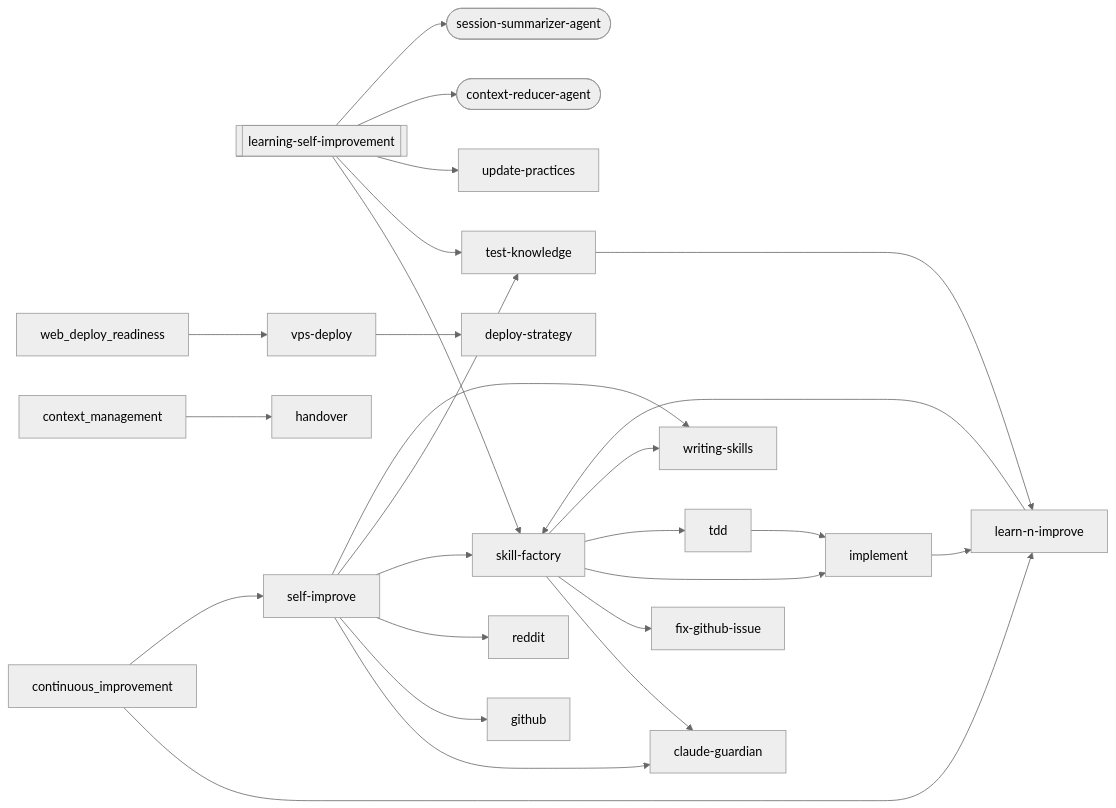
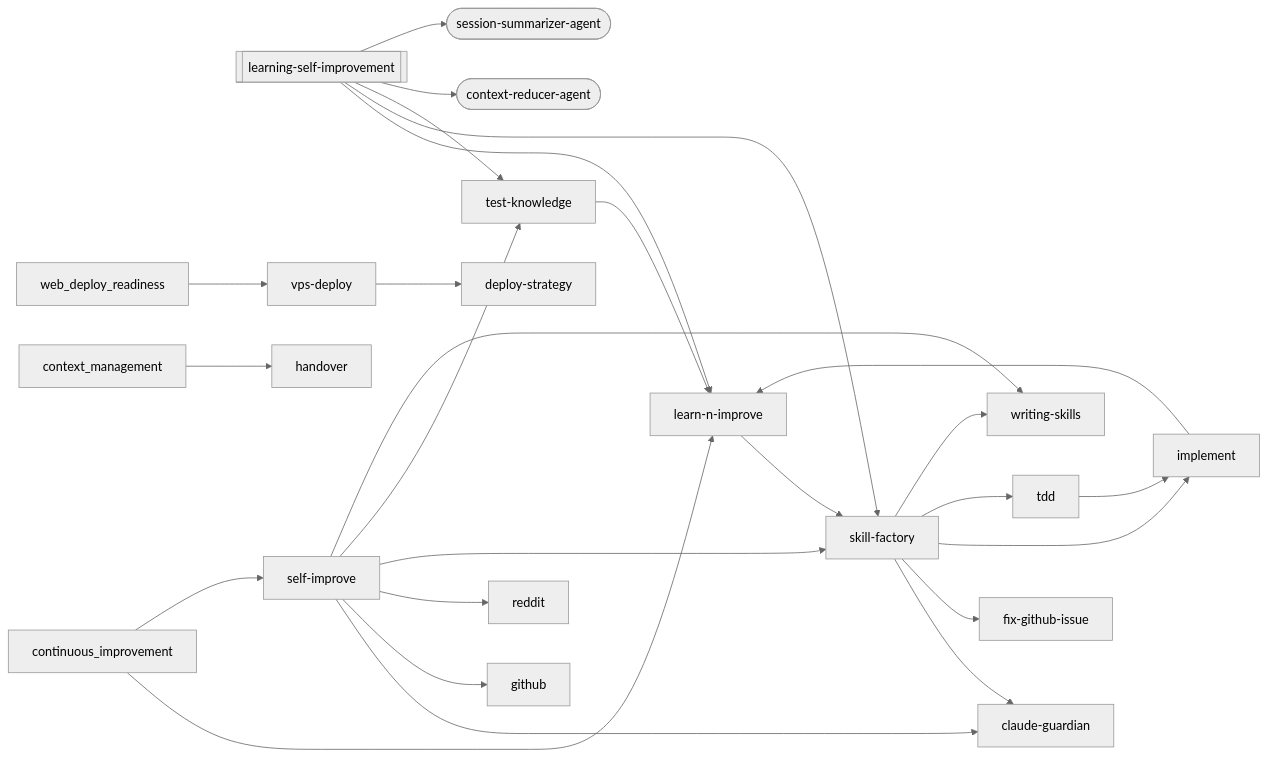
Before and after one commit to abhayla/claude-best-practices: the third of 20 diagrams in docs/workflows/learning-self-improvement.md, drawn with Mermaid (neutral theme). The commit also changed other lines of this file and 21 other files, not shown here.

````diff
--- a/docs/workflows/learning-self-improvement.md
+++ b/docs/workflows/learning-self-improvement.md
@@ -408,46 +364,45 @@
 ```mermaid
 graph LR
     learning_self_improvement[["learning-self-improvement"]]
     claude_guardian["claude-guardian"]
     context_reducer_agent(["context-reducer-agent"])
     deploy_strategy["deploy-strategy"]
     fix_github_issue["fix-github-issue"]
     github["github"]
     handover["handover"]
     implement["implement"]
     learn_n_improve["learn-n-improve"]
     reddit["reddit"]
     self_improve["self-improve"]
     session_summarizer_agent(["session-summarizer-agent"])
     skill_factory["skill-factory"]
     tdd["tdd"]
     test_knowledge["test-knowledge"]
-    update_practices["update-practices"]
     vps_deploy["vps-deploy"]
     writing_skills["writing-skills"]
     implement --> learn_n_improve
     learn_n_improve --> skill_factory
+    learning_self_improvement --> learn_n_improve
     learning_self_improvement --> skill_factory
     learning_self_improvement --> test_knowledge
-    learning_self_improvement --> update_practices
     learning_self_improvement --> context_reducer_agent
     learning_self_improvement --> session_summarizer_agent
     skill_factory --> claude_guardian
     skill_factory --> fix_github_issue
     skill_factory --> implement
     skill_factory --> tdd
     skill_factory --> writing_skills
     tdd --> implement
     test_knowledge --> learn_n_improve
     vps_deploy --> deploy_strategy
     self_improve --> claude_guardian
     self_improve --> github
     self_improve --> reddit
     self_improve --> skill_factory
     self_improve --> test_knowledge
     self_improve --> writing_skills
     context_management --> handover
     continuous_improvement --> learn_n_improve
     continuous_improvement --> self_improve
     web_deploy_readiness --> vps_deploy
 ```
````
